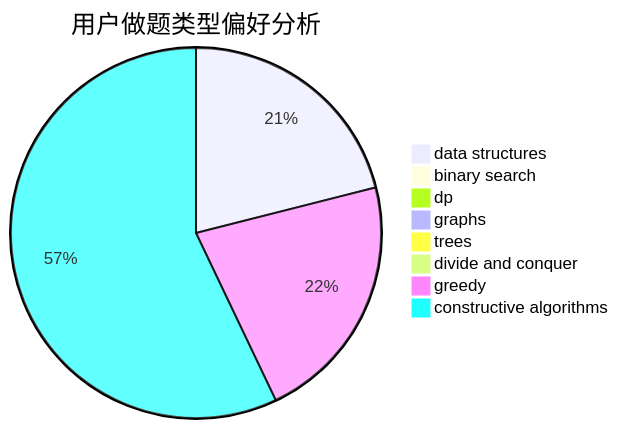
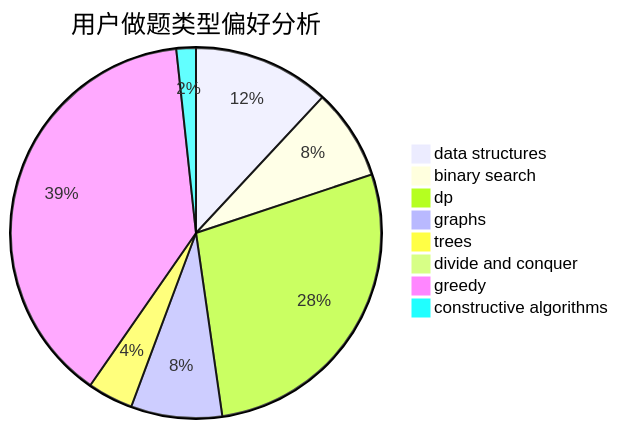
Before and after one commit to sherpahu/cfrs.github.io: the second of 3 diagrams in docs/user/u2176.md, drawn with Mermaid. The commit also changed other lines of this file and 2770 other files, not shown here.

````diff
--- a/docs/user/u2176.md
+++ b/docs/user/u2176.md
@@ -23,11 +23,11 @@
 ```mermaid
 pie title 用户做题类型偏好分析
-    "data structures" :  52
-    "binary search" :  0
-    "dp" :  0
-    "graphs" :  0
-    "trees" :  0
+    "data structures" :  21
+    "binary search" :  14
+    "dp" :  49
+    "graphs" :  14
+    "trees" :  7
     "divide and conquer" :  0
-    "greedy" :  54
-    "constructive algorithms" :  141
+    "greedy" :  68
+    "constructive algorithms" :  3
 ```
````
